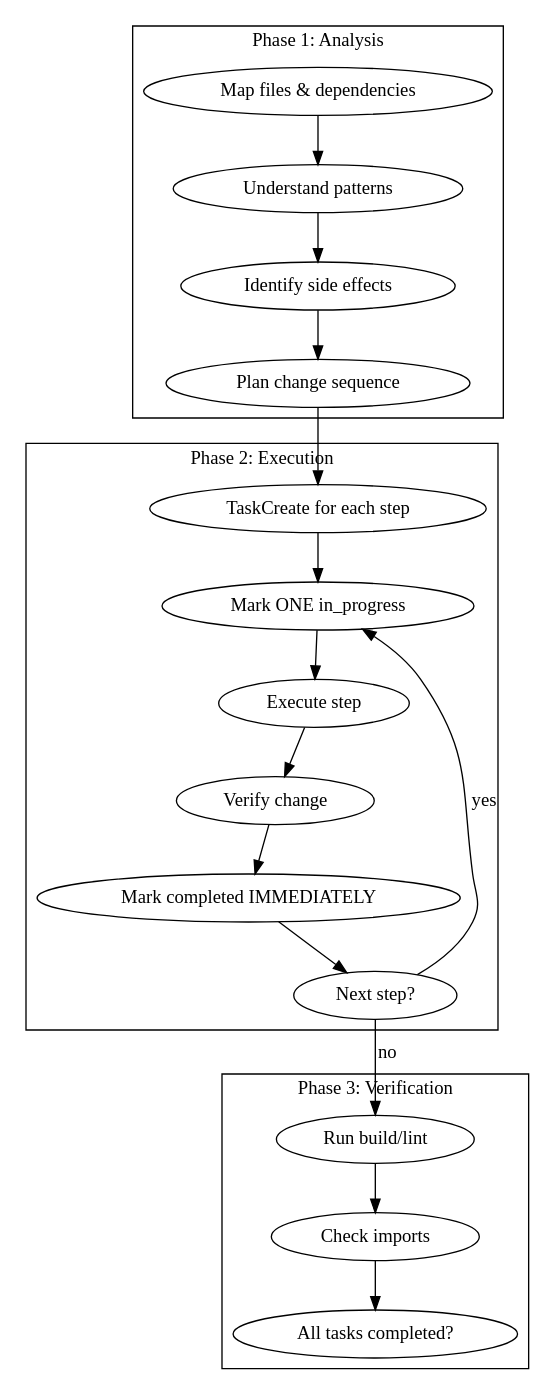
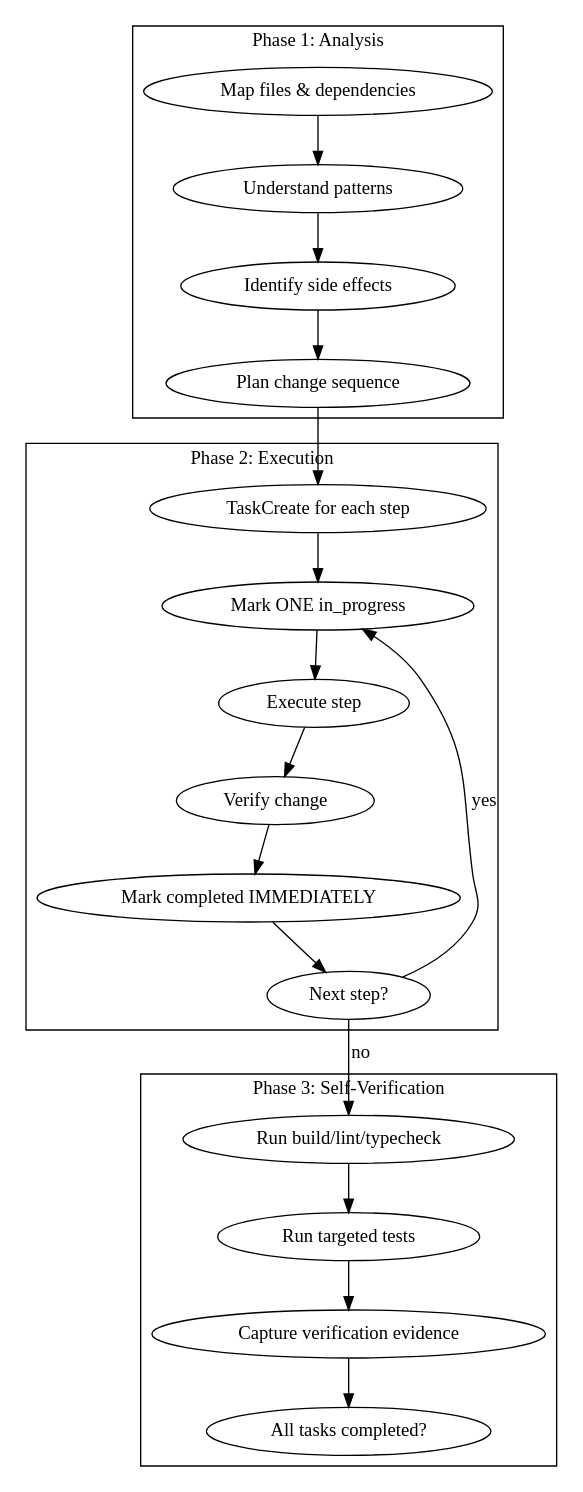
The diagram in agents/sisyphus-junior.md (toongri/oh-my-toong-playground), drawn with Graphviz before and after one commit. The commit also changed other lines of this file and 33 other files, not shown here.

````diff
--- a/agents/sisyphus-junior.md
+++ b/agents/sisyphus-junior.md
@@ -26,39 +26,40 @@
 ```dot
 digraph workflow {
     rankdir=TB;
 
     subgraph cluster_phase1 {
         label="Phase 1: Analysis";
         map [label="Map files & dependencies"];
         patterns [label="Understand patterns"];
         effects [label="Identify side effects"];
         sequence [label="Plan change sequence"];
         map -> patterns -> effects -> sequence;
     }
 
     subgraph cluster_phase2 {
         label="Phase 2: Execution";
         todos [label="TaskCreate for each step"];
         progress [label="Mark ONE in_progress"];
         execute [label="Execute step"];
         verify [label="Verify change"];
         complete [label="Mark completed IMMEDIATELY"];
         next [label="Next step?"];
 
         todos -> progress -> execute -> verify -> complete -> next;
         next -> progress [label="yes"];
     }
 
     subgraph cluster_phase3 {
-        label="Phase 3: Verification";
-        build [label="Run build/lint"];
-        imports [label="Check imports"];
+        label="Phase 3: Self-Verification";
+        build [label="Run build/lint/typecheck"];
+        tests [label="Run targeted tests"];
+        evidence [label="Capture verification evidence"];
         all_done [label="All tasks completed?"];
 
-        build -> imports -> all_done;
+        build -> tests -> evidence -> all_done;
     }
 
     sequence -> todos;
     next -> build [label="no"];
 }
 ```
````
